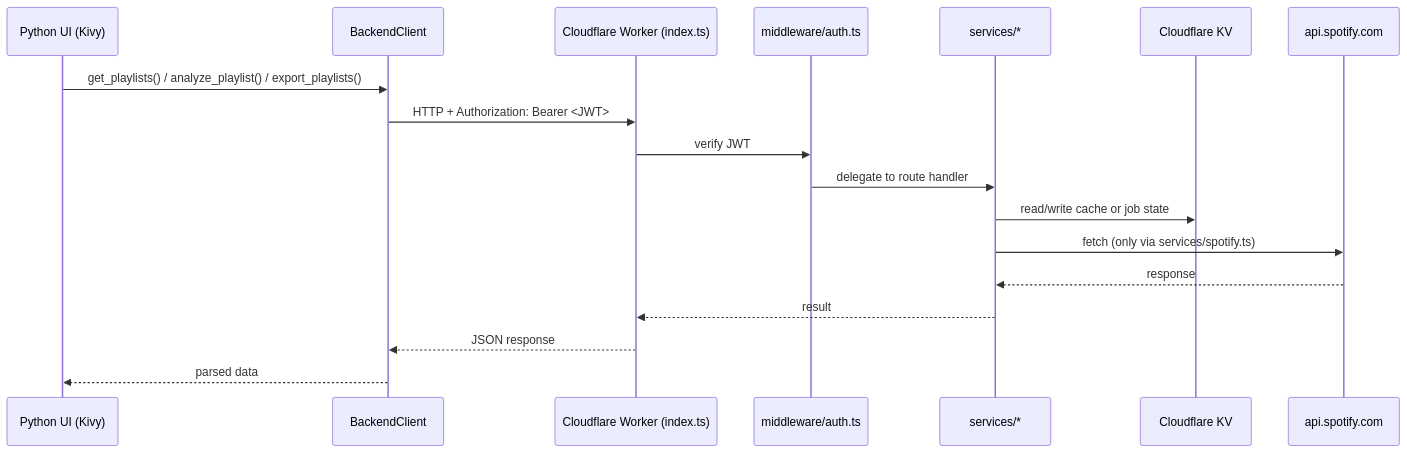
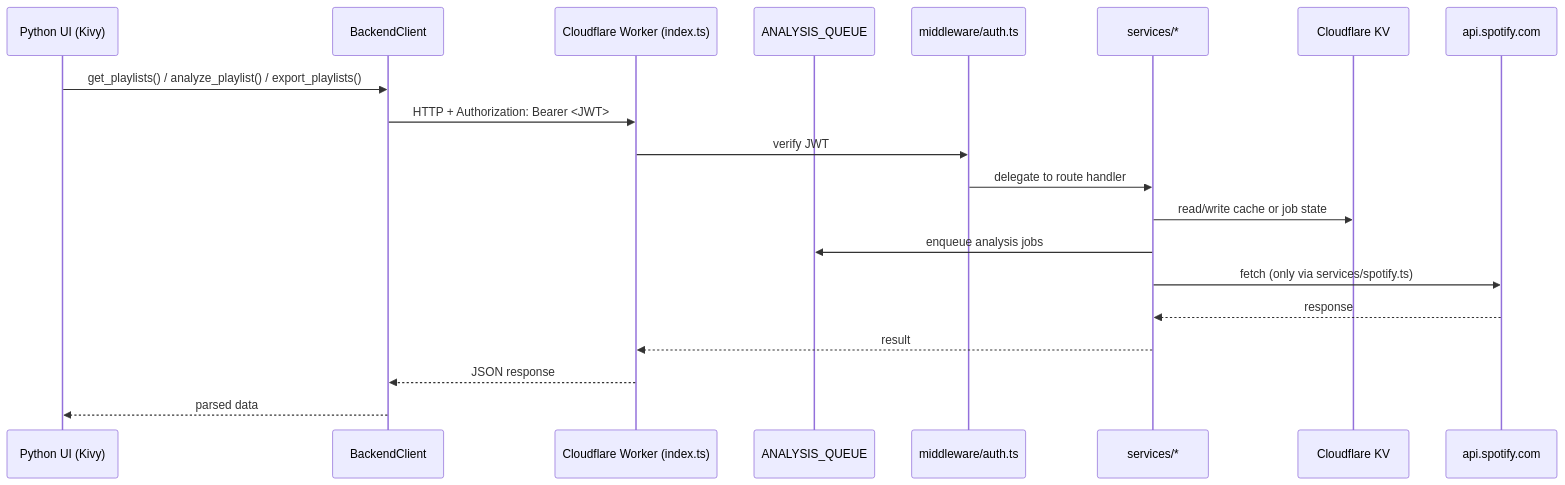
Before and after one commit to kgrizz-git/SpotiBye: the second of 3 diagrams in dev-docs/code-map.md, drawn with Mermaid. The commit also changed other lines of this file and 29 other files, not shown here.

Commit message:
feat: queue playlist analysis jobs

````diff
--- a/dev-docs/code-map.md
+++ b/dev-docs/code-map.md
@@ -115,21 +115,23 @@
 ```mermaid
 sequenceDiagram
     participant UI as Python UI (Kivy)
     participant BC as BackendClient
     participant W as Cloudflare Worker (index.ts)
+    participant Q as ANALYSIS_QUEUE
     participant MW as middleware/auth.ts
     participant SVC as services/*
     participant KV as Cloudflare KV
     participant SP as api.spotify.com
 
     UI->>BC: get_playlists() / analyze_playlist() / export_playlists()
     BC->>W: HTTP + Authorization: Bearer <JWT>
     W->>MW: verify JWT
     MW->>SVC: delegate to route handler
     SVC->>KV: read/write cache or job state
+    SVC->>Q: enqueue analysis jobs
     SVC->>SP: fetch (only via services/spotify.ts)
     SP-->>SVC: response
     SVC-->>W: result
     W-->>BC: JSON response
     BC-->>UI: parsed data
 ```
````
